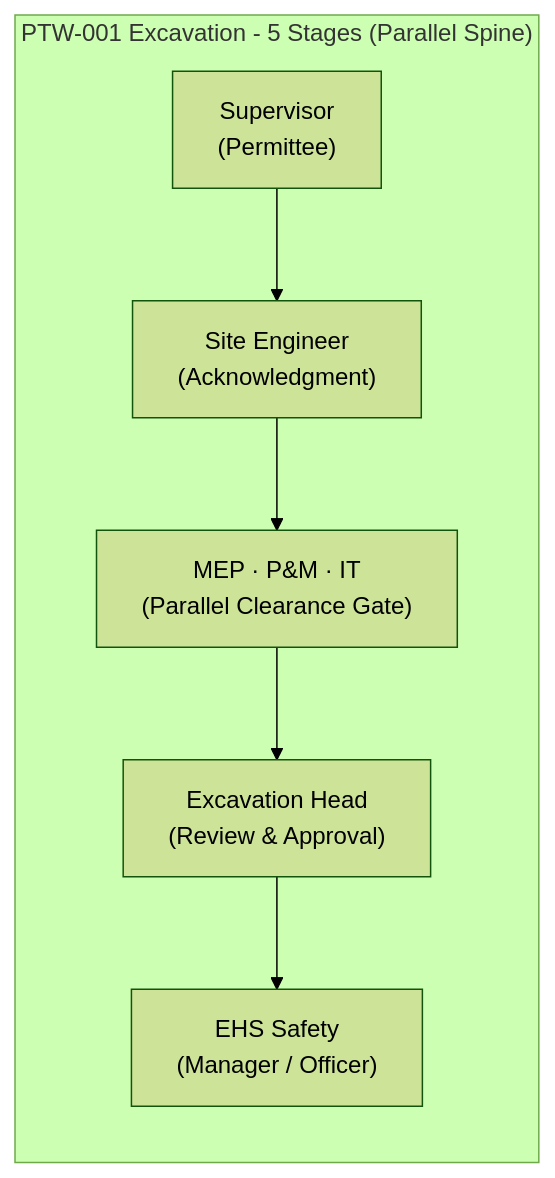
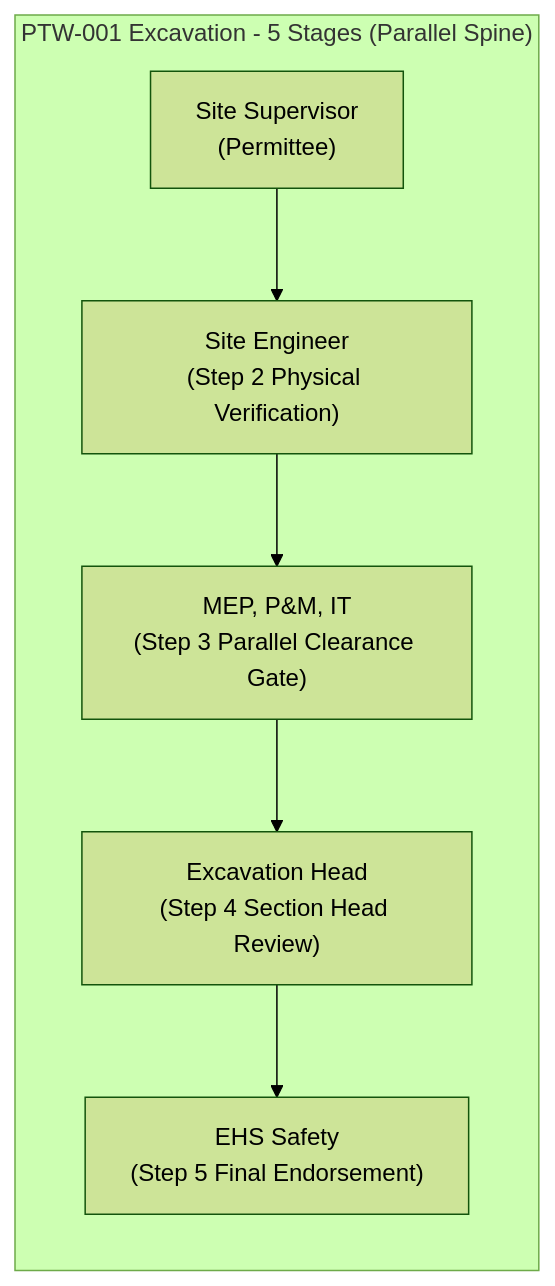
The fourth of 34 diagrams in README.md (AuroGroupAutomationBot/ARPL-EHS-Demo), drawn with Mermaid (forest theme) before and after one commit. The commit also changed other lines of this file and 2 other files, not shown here.

````diff
--- a/README.md
+++ b/README.md
@@ -422,9 +430,9 @@
 ```mermaid
 graph LR
     subgraph "PTW-001 Excavation - 5 Stages (Parallel Spine)"
-        E1["Supervisor<br/>(Permittee)"] --> E2["Site Engineer<br/>(Acknowledgment)"]
-        E2 --> E3["MEP · P&M · IT<br/>(Parallel Clearance Gate)"]
-        E3 --> E4["Excavation Head<br/>(Review & Approval)"]
-        E4 --> E5["EHS Safety<br/>(Manager / Officer)"]
+        E1["Site Supervisor<br/>(Permittee)"] --> E2["Site Engineer<br/>(Step 2 Physical Verification)"]
+        E2 --> E3["MEP, P&M, IT<br/>(Step 3 Parallel Clearance Gate)"]
+        E3 --> E4["Excavation Head<br/>(Step 4 Section Head Review)"]
+        E4 --> E5["EHS Safety<br/>(Step 5 Final Endorsement)"]
     end
 ```
````
